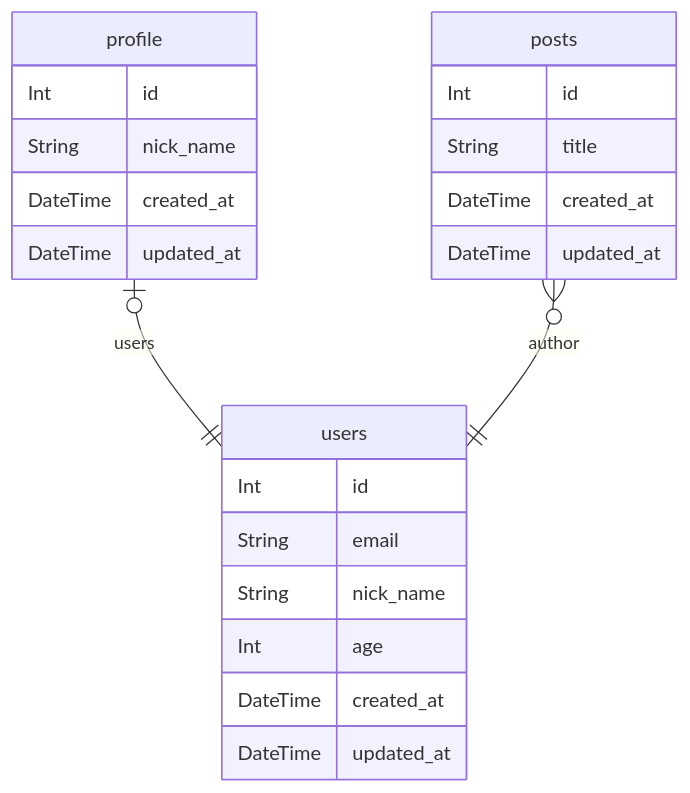
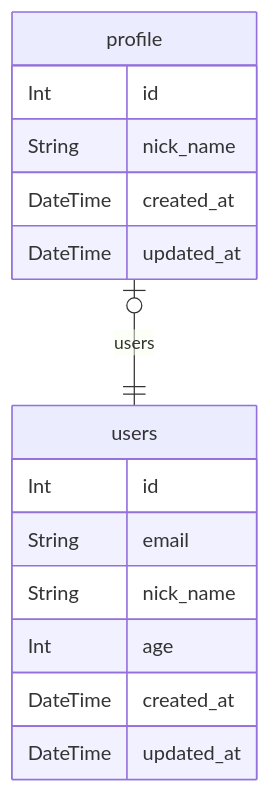
The diagram in doc/ERD.md (mshige1979/prisma-examples), drawn with Mermaid before and after one commit. The commit also changed 5 other files, not shown here.

````diff
--- a/doc/ERD.md
+++ b/doc/ERD.md
@@ -1,30 +1,21 @@
 ```mermaid
 erDiagram
   users {
       Int id
     String email
     String nick_name
     Int age
     DateTime created_at
     DateTime updated_at
     }
   
 
   profile {
       Int id
     String nick_name
     DateTime created_at
     DateTime updated_at
     }
   
-
-  posts {
-      Int id
-    String title
-    DateTime created_at
-    DateTime updated_at
-    }
-  
     profile o|--|| users : "users"
-    posts o{--|| users : "author"
 ```
````
